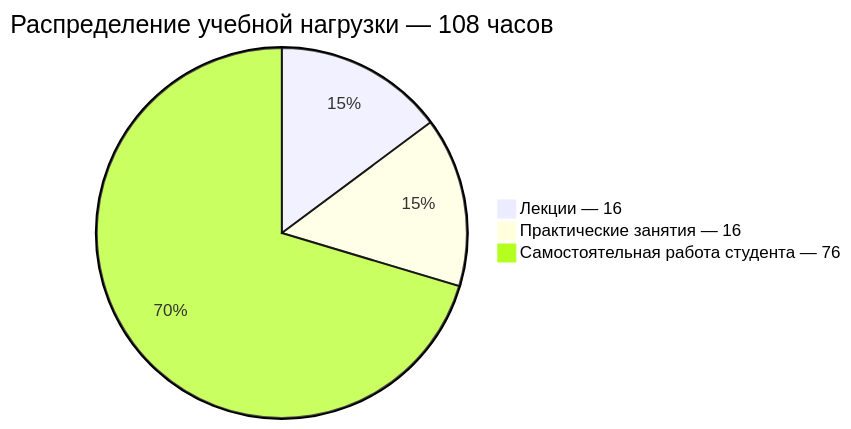
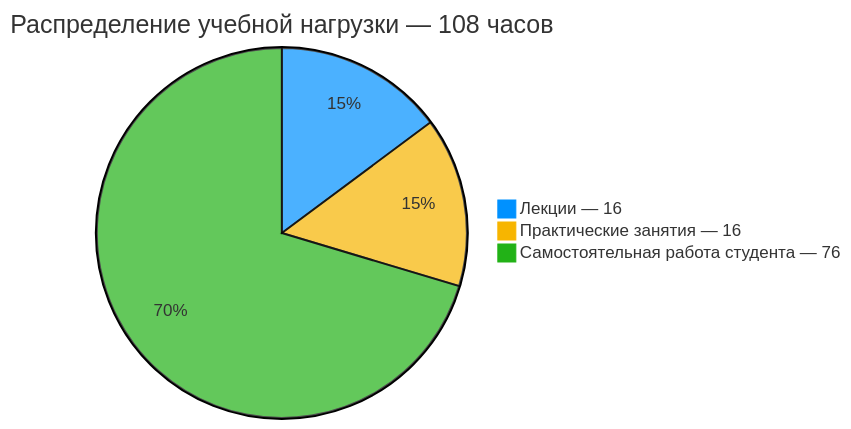
The diagram in Семестр 03/Теория вероятностей/README.md (nolan-xnd/ITMO), drawn with Mermaid before and after one commit. The commit also changed 7 other files, not shown here.

Commit message:
Fix chart colors

````diff
--- a/Семестр 03/Теория вероятностей/README.md
+++ b/Семестр 03/Теория вероятностей/README.md
@@ -10,7 +10,15 @@
 ```mermaid
+---
+config:
+    theme: base
+    themeVariables:
+        pie1: '#0091ff'
+        pie2: '#f7b500'
+        pie3: '#22b217'
+---
 pie 
     title Распределение учебной нагрузки — 108 часов
     "Лекции — 16" : 16
     "Практические занятия — 16" : 16
     "Самостоятельная работа студента — 76" : 76
 ```
````
